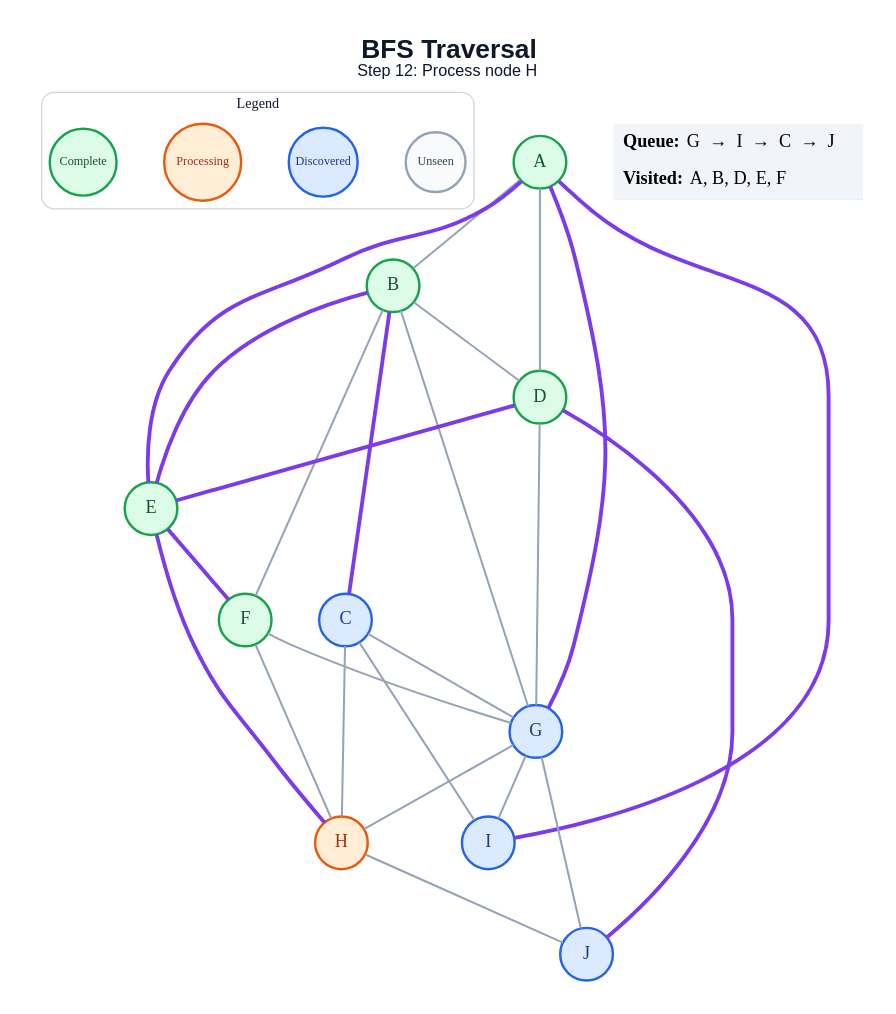
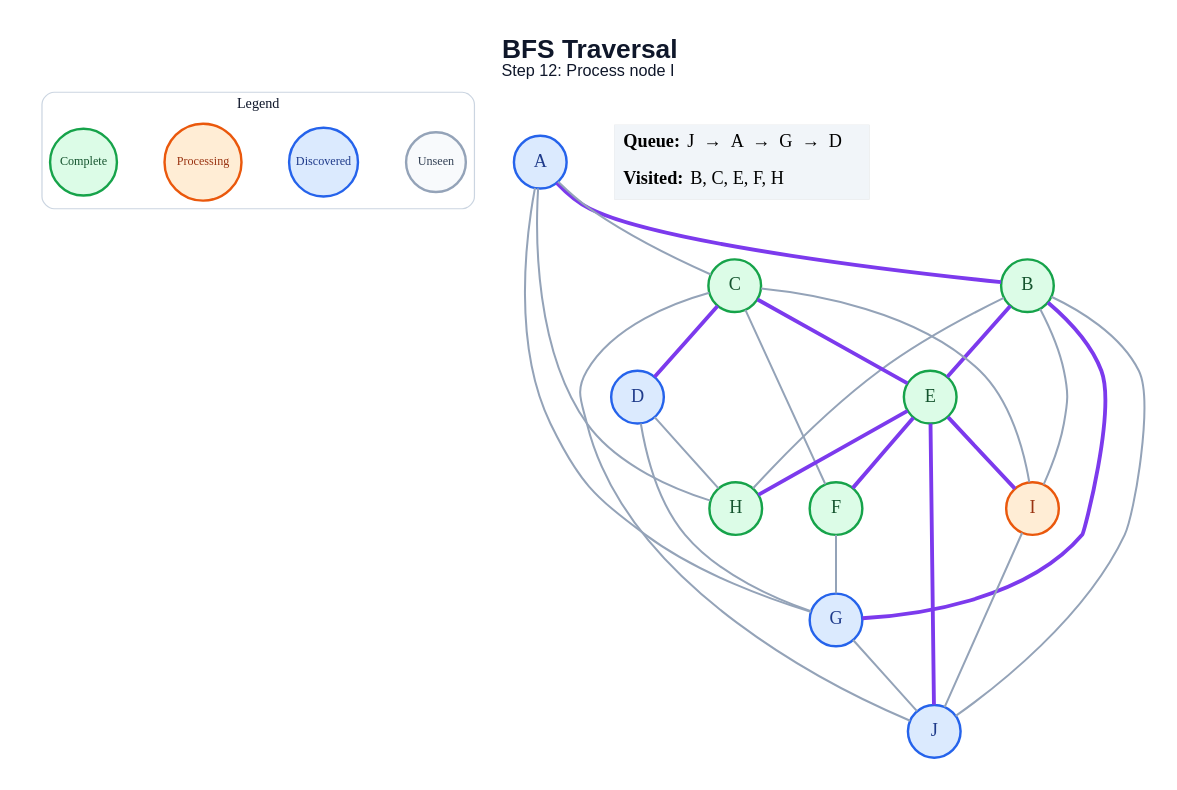
Before and after one commit to amanghodawala9/ai-slop: the diagram in generated/specific-node/bfs/step_12.dot, drawn with Graphviz. The commit also changed 178 other files, not shown here.

```diff
--- a/generated/specific-node/bfs/step_12.dot
+++ b/generated/specific-node/bfs/step_12.dot
@@ -1,53 +1,52 @@
 graph traversal {
   graph [layout=dot, rankdir=TB, bgcolor="#FFFFFF", pad="0.35", nodesep="0.65", ranksep="0.8", fontname="Arial"];
   node [shape=circle, style="filled", fontname="Arial Bold", fontsize=18, width=0.72, fixedsize=true, penwidth=2.4];
   edge [color="#94A3B8", penwidth=2.0];
-  label=<<B>BFS Traversal</B><BR/><FONT POINT-SIZE="16">Step 12: Process node H</FONT>>; labelloc="t"; fontsize=26; fontname="Arial"; fontcolor="#0F172A";
+  label=<<B>BFS Traversal</B><BR/><FONT POINT-SIZE="16">Step 12: Process node I</FONT>>; labelloc="t"; fontsize=26; fontname="Arial"; fontcolor="#0F172A";
   subgraph cluster_legend { label="Legend"; color="#CBD5E1"; penwidth=1.2; style="rounded"; fontsize=14; fontname="Arial Bold";
     key_unseen [label="Unseen", fillcolor="#F8FAFC", color="#94A3B8", fontcolor="#334155", fontsize=12, width=0.82];
     key_frontier [label="Discovered", fillcolor="#DBEAFE", color="#2563EB", fontcolor="#1E3A8A", fontsize=12, width=0.95];
     key_current [label="Processing", fillcolor="#FFEDD5", color="#EA580C", fontcolor="#9A3412", fontsize=12, width=1.05];
     key_done [label="Complete", fillcolor="#DCFCE7", color="#16A34A", fontcolor="#14532D", fontsize=12, width=0.92];
     { rank=same; key_unseen; key_frontier; key_current; key_done; }
   }
-  A [fillcolor="#DCFCE7", color="#16A34A", fontcolor="#14532D"];
+  A [fillcolor="#DBEAFE", color="#2563EB", fontcolor="#1E3A8A"];
   B [fillcolor="#DCFCE7", color="#16A34A", fontcolor="#14532D"];
-  C [fillcolor="#DBEAFE", color="#2563EB", fontcolor="#1E3A8A"];
-  D [fillcolor="#DCFCE7", color="#16A34A", fontcolor="#14532D"];
+  C [fillcolor="#DCFCE7", color="#16A34A", fontcolor="#14532D"];
+  D [fillcolor="#DBEAFE", color="#2563EB", fontcolor="#1E3A8A"];
   E [fillcolor="#DCFCE7", color="#16A34A", fontcolor="#14532D"];
   F [fillcolor="#DCFCE7", color="#16A34A", fontcolor="#14532D"];
   G [fillcolor="#DBEAFE", color="#2563EB", fontcolor="#1E3A8A"];
-  H [fillcolor="#FFEDD5", color="#EA580C", fontcolor="#9A3412"];
-  I [fillcolor="#DBEAFE", color="#2563EB", fontcolor="#1E3A8A"];
+  H [fillcolor="#DCFCE7", color="#16A34A", fontcolor="#14532D"];
+  I [fillcolor="#FFEDD5", color="#EA580C", fontcolor="#9A3412"];
   J [fillcolor="#DBEAFE", color="#2563EB", fontcolor="#1E3A8A"];
-  A -- B;
-  A -- D;
-  A -- E [color="#7C3AED", penwidth=3.8];
-  A -- G [color="#7C3AED", penwidth=3.8];
-  A -- I [color="#7C3AED", penwidth=3.8];
-  B -- C [color="#7C3AED", penwidth=3.8];
-  B -- D;
+  A -- B [color="#7C3AED", penwidth=3.8];
+  A -- C;
+  A -- G;
+  A -- H;
   B -- E [color="#7C3AED", penwidth=3.8];
-  B -- F;
-  B -- G;
-  C -- G;
-  C -- H;
+  B -- G [color="#7C3AED", penwidth=3.8];
+  B -- H;
+  B -- I;
+  B -- J;
+  C -- D [color="#7C3AED", penwidth=3.8];
+  C -- E [color="#7C3AED", penwidth=3.8];
+  C -- F;
   C -- I;
-  D -- E [color="#7C3AED", penwidth=3.8];
+  C -- J;
   D -- G;
-  D -- J [color="#7C3AED", penwidth=3.8];
+  D -- H;
   E -- F [color="#7C3AED", penwidth=3.8];
   E -- H [color="#7C3AED", penwidth=3.8];
+  E -- I [color="#7C3AED", penwidth=3.8];
+  E -- J [color="#7C3AED", penwidth=3.8];
   F -- G;
-  F -- H;
-  G -- H;
-  G -- I;
   G -- J;
-  H -- J;
+  I -- J;
   status [shape=plain, fixedsize=false, width=0, height=0, margin=0, label=<
     <TABLE BORDER="0" CELLBORDER="0" CELLPADDING="7" BGCOLOR="#F1F5F9">
-      <TR><TD ALIGN="LEFT"><B>Queue:</B> G  →  I  →  C  →  J</TD></TR>
-      <TR><TD ALIGN="LEFT"><B>Visited:</B> A, B, D, E, F</TD></TR>
+      <TR><TD ALIGN="LEFT"><B>Queue:</B> J  →  A  →  G  →  D</TD></TR>
+      <TR><TD ALIGN="LEFT"><B>Visited:</B> B, C, E, F, H</TD></TR>
     </TABLE>
   >];
 }
```
